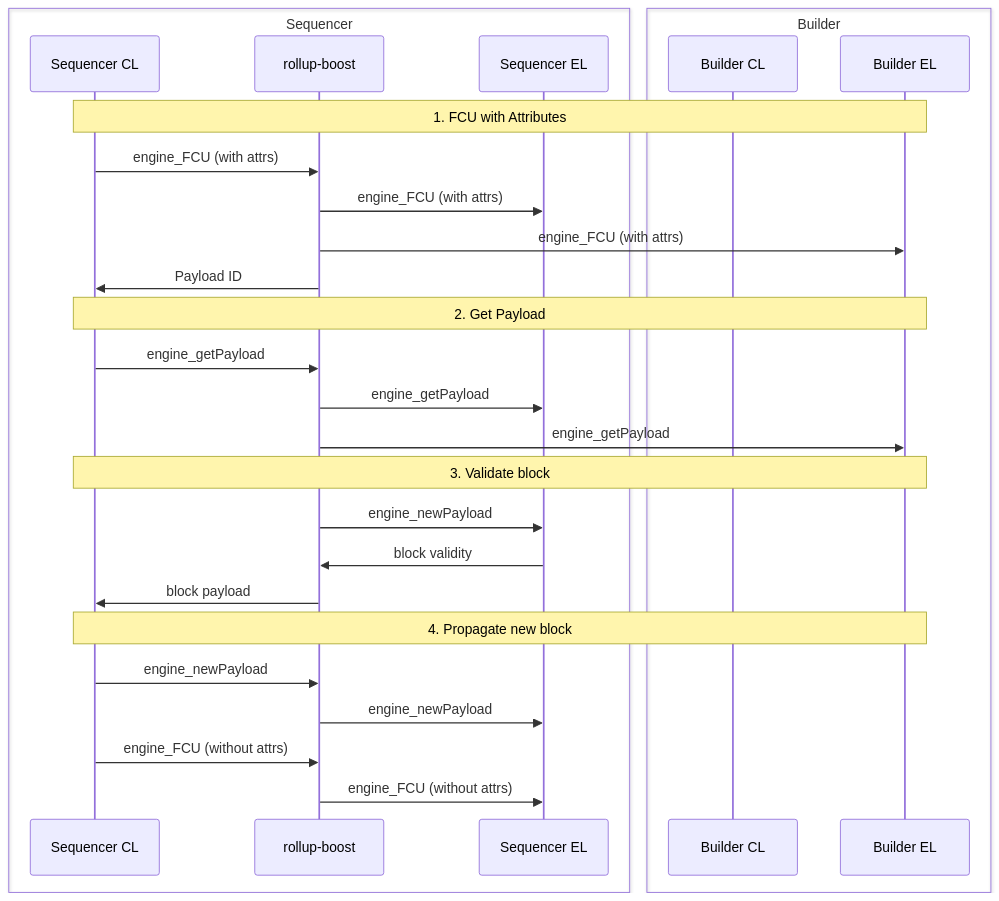
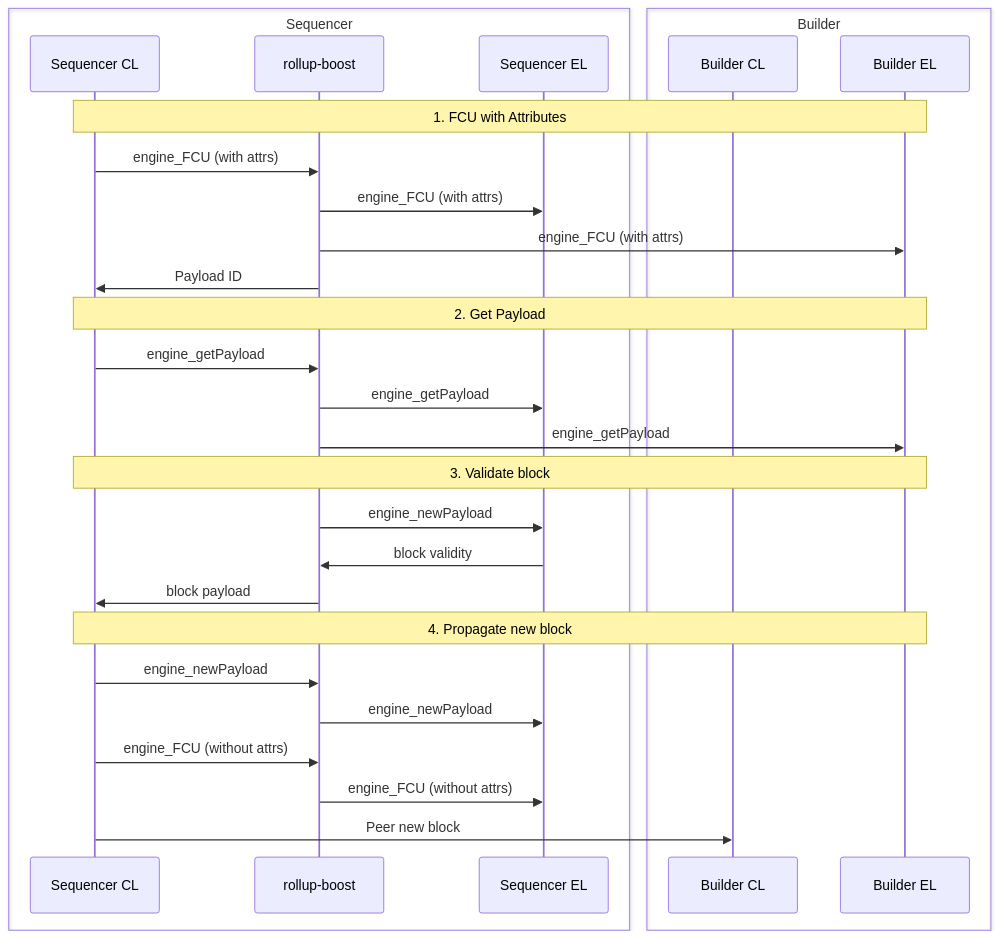
The second of 2 diagrams in specs/pbh/architecture.md (worldcoin/world-chain), drawn with Mermaid before and after one commit. The commit also changed other lines of this file, not shown here.

Commit message:
add op stack block production sequence diagram

````diff
--- a/specs/pbh/architecture.md
+++ b/specs/pbh/architecture.md
@@ -23,34 +43,35 @@
 ```mermaid
 sequenceDiagram
     box Sequencer
         participant sequencer-cl as Sequencer CL
         participant rollup-boost
         participant sequencer-el as Sequencer EL
     end
     box Builder
         participant builder-cl as Builder CL
         participant builder-el as Builder EL
     end
 
     Note over sequencer-cl, builder-el: 1. FCU with Attributes
     sequencer-cl->>rollup-boost: engine_FCU (with attrs)
     rollup-boost->>sequencer-el: engine_FCU (with attrs)
     rollup-boost->>builder-el: engine_FCU (with attrs)
     rollup-boost->>sequencer-cl: Payload ID
 
     Note over sequencer-cl, builder-el: 2. Get Payload
     sequencer-cl->>rollup-boost: engine_getPayload
     rollup-boost->>sequencer-el: engine_getPayload
     rollup-boost->>builder-el: engine_getPayload
 
     Note over sequencer-cl, builder-el: 3. Validate block
     rollup-boost->>sequencer-el: engine_newPayload
     sequencer-el->>rollup-boost: block validity
     rollup-boost->>sequencer-cl: block payload
 
     Note over sequencer-cl, builder-el: 4. Propagate new block
     sequencer-cl->>rollup-boost: engine_newPayload
     rollup-boost->>sequencer-el: engine_newPayload
     sequencer-cl->>rollup-boost: engine_FCU (without attrs)
     rollup-boost->>sequencer-el: engine_FCU (without attrs)
+    sequencer-cl->>builder-cl: Peer new block
 ```
````
